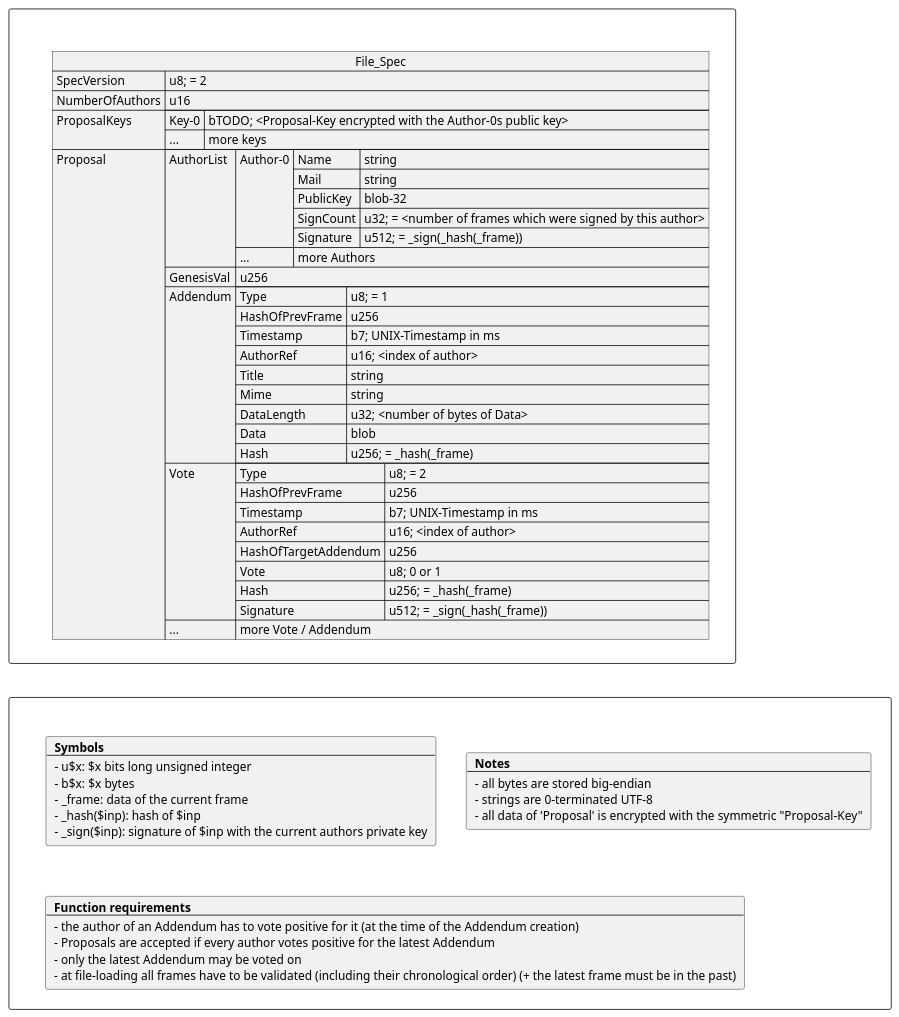
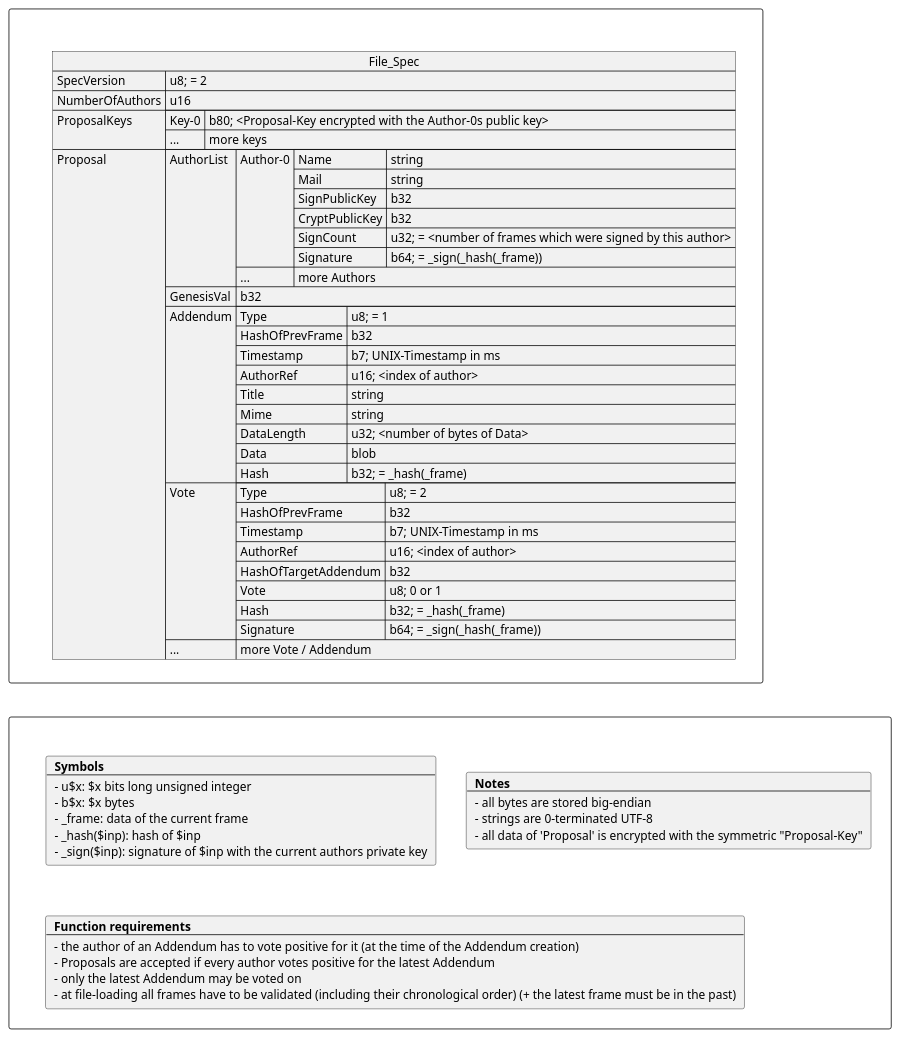
Before and after one commit to Max-F-Helm/Signage: the diagram in misc/diagrams/File_Spec.puml, drawn with PlantUML. The commit also changed 6 other files, not shown here.

```diff
--- a/misc/diagrams/File_Spec.puml
+++ b/misc/diagrams/File_Spec.puml
@@ -1,86 +1,87 @@
 @startuml
 
 skinparam linetype ortho
 
 rectangle " " as spec {
 json File_Spec {
     "SpecVersion": "u8; = 2",
 
     "NumberOfAuthors": "u16",
     "ProposalKeys": {
-        "Key-0": "bTODO; <Proposal-Key encrypted with the Author-0s public key>",
+        "Key-0": "b80; <Proposal-Key encrypted with the Author-0s public key>",
         "...": "more keys"
     },
 
     "Proposal": {
         "AuthorList": {
             "Author-0": {
                 "Name": "string",
                 "Mail": "string",
-                "PublicKey": "blob-32",
+                "SignPublicKey": "b32",
+                "CryptPublicKey": "b32",
                 "SignCount": "u32; = <number of frames which were signed by this author>",
-                "Signature": "u512; = _sign(_hash(_frame))"
+                "Signature": "b64; = _sign(_hash(_frame))"
             },
             "...": "more Authors"
         },
 
-        "GenesisVal": "u256",
+        "GenesisVal": "b32",
 
         "Addendum": {
             "Type": "u8; = 1",
-            "HashOfPrevFrame": "u256",
+            "HashOfPrevFrame": "b32",
             "Timestamp": "b7; UNIX-Timestamp in ms",
             "AuthorRef": "u16; <index of author>",
             "Title": "string",
             "Mime": "string",
             "DataLength": "u32; <number of bytes of Data>",
             "Data": "blob",
-            "Hash": "u256; = _hash(_frame)"
+            "Hash": "b32; = _hash(_frame)"
         },
         "Vote": {
             "Type": "u8; = 2",
-            "HashOfPrevFrame": "u256",
+            "HashOfPrevFrame": "b32",
             "Timestamp": "b7; UNIX-Timestamp in ms",
             "AuthorRef": "u16; <index of author>",
-            "HashOfTargetAddendum": "u256",
+            "HashOfTargetAddendum": "b32",
             "Vote": "u8; 0 or 1",
-            "Hash": "u256; = _hash(_frame)",
-            "Signature": "u512; = _sign(_hash(_frame))"
+            "Hash": "b32; = _hash(_frame)",
+            "Signature": "b64; = _sign(_hash(_frame))"
         },
         "...": "more Vote / Addendum"
     }
 }
 }
 
 rectangle " " as notes {
 card symbols [
    <b>Symbols</b>
    --
    - u$x: $x bits long unsigned integer
    - b$x: $x bytes
    - _frame: data of the current frame
    - _hash($inp): hash of $inp
    - _sign($inp): signature of $inp with the current authors private key
 ]
 
 card notes [
     <b>Notes</b>
     --
     - all bytes are stored big-endian
     - strings are 0-terminated UTF-8
     - all data of 'Proposal' is encrypted with the symmetric "Proposal-Key"
 ]
 
 card requirements [
     <b>Function requirements</b>
     --
     - the author of an Addendum has to vote positive for it (at the time of the Addendum creation)
     - Proposals are accepted if every author votes positive for the latest Addendum
     - only the latest Addendum may be voted on
     - at file-loading all frames have to be validated (including their chronological order) (+ the latest frame must be in the past)
 ]
 }
 
 spec --[hidden] notes
 
 @enduml
```
